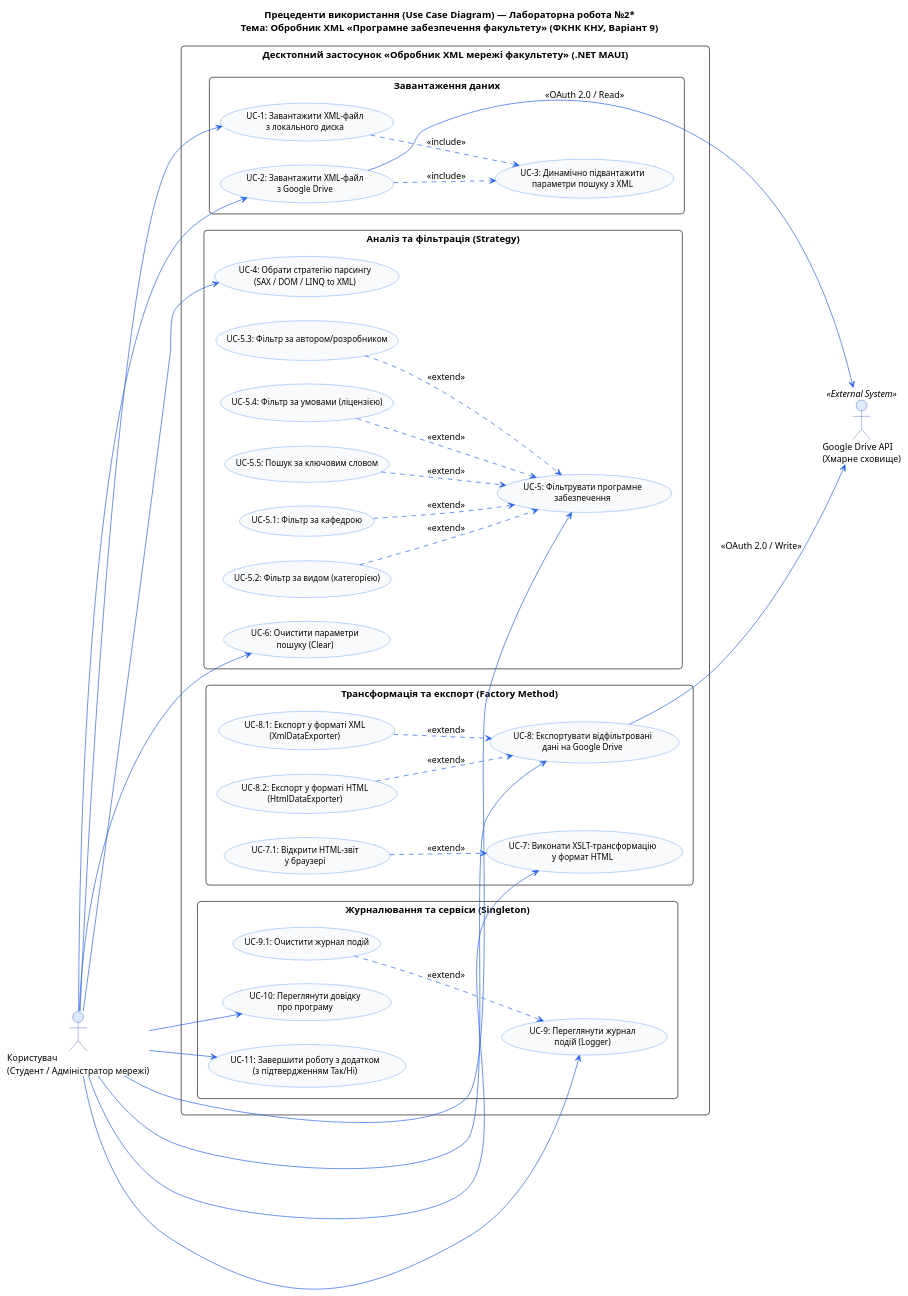
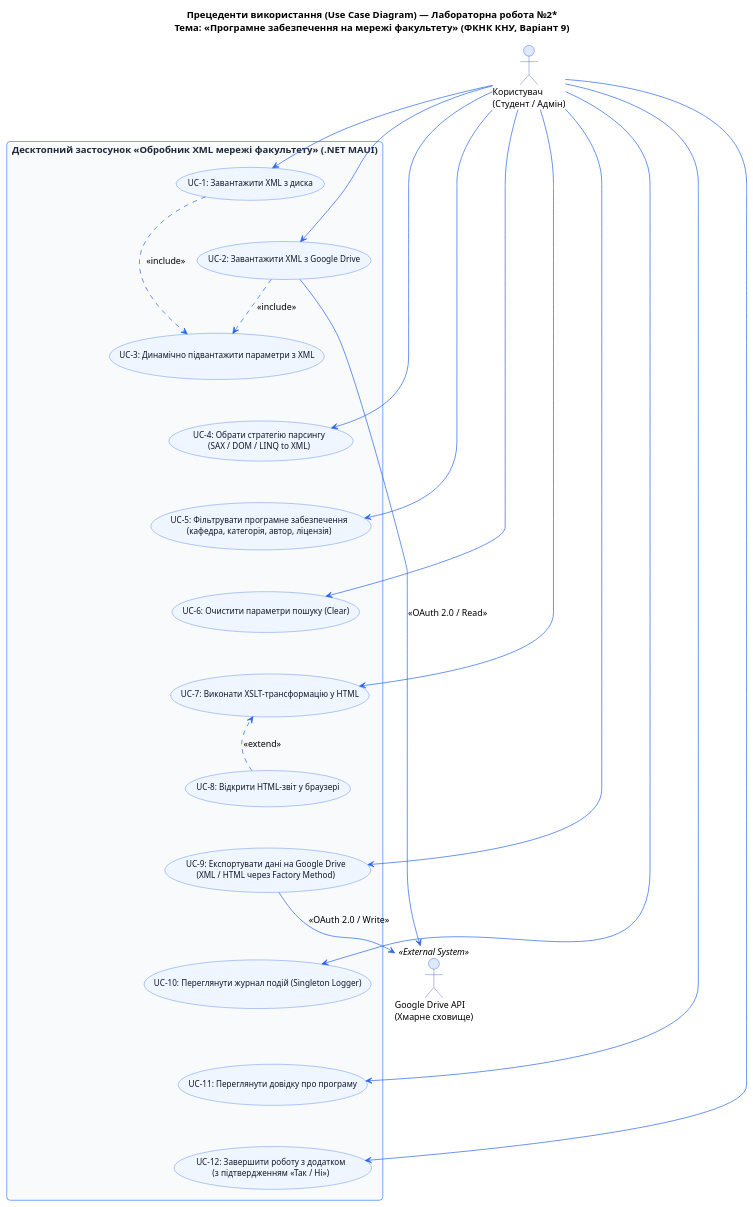
Before and after one commit to zefin100/OOP_LR2: the diagram in UML/UseCaseDiagram.puml, drawn with PlantUML. The commit also changed 1 other file, not shown here.

Commit message:
UML: Add native UseCaseDiagram.drawio and fix PlantUML layout

```diff
--- a/UML/UseCaseDiagram.puml
+++ b/UML/UseCaseDiagram.puml
@@ -1,94 +1,83 @@
 @startuml UseCaseDiagram
-title Прецеденти використання (Use Case Diagram) — Лабораторна робота №2*\nТема: Обробник XML «Програмне забезпечення факультету» (ФКНК КНУ, Варіант 9)
+title Прецеденти використання (Use Case Diagram) — Лабораторна робота №2*\nТема: «Програмне забезпечення на мережі факультету» (ФКНК КНУ, Варіант 9)
 
-left to right direction
+top to bottom direction
 skinparam defaultFontName "Segoe UI"
 skinparam roundcorner 10
 skinparam shadowing false
-skinparam packageStyle rectangle
 
 skinparam actor {
     BackgroundColor #dbeafe
     BorderColor #1e40af
     FontSize 13
 }
 
 skinparam usecase {
+    BackgroundColor #eff6ff
+    BorderColor #2563eb
+    ArrowColor #2563eb
+    FontSize 12
+    FontColor #0f172a
+}
+
+skinparam rectangle {
     BackgroundColor #f8fafc
     BorderColor #3b82f6
-    ArrowColor #2563eb
-    FontSize 12
+    FontSize 14
+    FontColor #1e293b
 }
 
-actor "Користувач\n(Студент / Адміністратор мережі)" as User
+actor "Користувач\n(Студент / Адмін)" as User
 actor "Google Drive API\n(Хмарне сховище)" as GDrive <<External System>>
 
 rectangle "Десктопний застосунок «Обробник XML мережі факультету» (.NET MAUI)" {
 
-    package "Завантаження даних" {
-        usecase "UC-1: Завантажити XML-файл\nз локального диска" as UC_LoadLocal
-        usecase "UC-2: Завантажити XML-файл\nз Google Drive" as UC_LoadDrive
-        usecase "UC-3: Динамічно підвантажити\nпараметри пошуку з XML" as UC_Preload
-    }
+    usecase "UC-1: Завантажити XML з диска" as UC_LoadLocal
+    usecase "UC-2: Завантажити XML з Google Drive" as UC_LoadDrive
+    usecase "UC-3: Динамічно підвантажити параметри з XML" as UC_Preload
+    usecase "UC-4: Обрати стратегію парсингу\n(SAX / DOM / LINQ to XML)" as UC_Strategy
+    usecase "UC-5: Фільтрувати програмне забезпечення\n(кафедра, категорія, автор, ліцензія)" as UC_Filter
+    usecase "UC-6: Очистити параметри пошуку (Clear)" as UC_Clear
+    usecase "UC-7: Виконати XSLT-трансформацію у HTML" as UC_Transform
+    usecase "UC-8: Відкрити HTML-звіт у браузері" as UC_Browser
+    usecase "UC-9: Експортувати дані на Google Drive\n(XML / HTML через Factory Method)" as UC_Export
+    usecase "UC-10: Переглянути журнал подій (Singleton Logger)" as UC_Logs
+    usecase "UC-11: Переглянути довідку про програму" as UC_Help
+    usecase "UC-12: Завершити роботу з додатком\n(з підтвердженням «Так / Ні»)" as UC_Exit
 
-    package "Аналіз та фільтрація (Strategy)" {
-        usecase "UC-4: Обрати стратегію парсингу\n(SAX / DOM / LINQ to XML)" as UC_SelectStrategy
-        usecase "UC-5: Фільтрувати програмне\nзабезпечення" as UC_Filter
-        usecase "UC-5.1: Фільтр за кафедрою" as UC_F_Dept
-        usecase "UC-5.2: Фільтр за видом (категорією)" as UC_F_Cat
-        usecase "UC-5.3: Фільтр за автором/розробником" as UC_F_Author
-        usecase "UC-5.4: Фільтр за умовами (ліцензією)" as UC_F_License
-        usecase "UC-5.5: Пошук за ключовим словом" as UC_F_Keyword
-        usecase "UC-6: Очистити параметри\nпошуку (Clear)" as UC_Clear
-    }
-
-    package "Трансформація та експорт (Factory Method)" {
-        usecase "UC-7: Виконати XSLT-трансформацію\nу формат HTML" as UC_Transform
-        usecase "UC-7.1: Відкрити HTML-звіт\nу браузері" as UC_OpenBrowser
-        usecase "UC-8: Експортувати відфільтровані\nдані на Google Drive" as UC_ExportDrive
-        usecase "UC-8.1: Експорт у форматі XML\n(XmlDataExporter)" as UC_ExportXml
-        usecase "UC-8.2: Експорт у форматі HTML\n(HtmlDataExporter)" as UC_ExportHtml
-    }
-
-    package "Журналювання та сервіси (Singleton)" {
-        usecase "UC-9: Переглянути журнал\nподій (Logger)" as UC_ViewLogs
-        usecase "UC-9.1: Очистити журнал подій" as UC_ClearLogs
-        usecase "UC-10: Переглянути довідку\nпро програму" as UC_Help
-        usecase "UC-11: Завершити роботу з додатком\n(з підтвердженням Так/Ні)" as UC_Exit
-    }
+    ' Прихований вертикальний потік для красивого вирівнювання в одну колонку
+    UC_LoadLocal -[hidden]down-> UC_LoadDrive
+    UC_LoadDrive -[hidden]down-> UC_Preload
+    UC_Preload -[hidden]down-> UC_Strategy
+    UC_Strategy -[hidden]down-> UC_Filter
+    UC_Filter -[hidden]down-> UC_Clear
+    UC_Clear -[hidden]down-> UC_Transform
+    UC_Transform -[hidden]down-> UC_Browser
+    UC_Browser -[hidden]down-> UC_Export
+    UC_Export -[hidden]down-> UC_Logs
+    UC_Logs -[hidden]down-> UC_Help
+    UC_Help -[hidden]down-> UC_Exit
 }
 
-' Зв'язки користувача з головними прецедентами
+' Зв'язки користувача (зліва)
 User --> UC_LoadLocal
 User --> UC_LoadDrive
-User --> UC_SelectStrategy
+User --> UC_Strategy
 User --> UC_Filter
 User --> UC_Clear
 User --> UC_Transform
-User --> UC_ExportDrive
-User --> UC_ViewLogs
+User --> UC_Export
+User --> UC_Logs
 User --> UC_Help
 User --> UC_Exit
 
-' Взаємодія з Google Drive
+' Зв'язки із зовнішньою хмарою Google Drive (справа)
 UC_LoadDrive --> GDrive : <<OAuth 2.0 / Read>>
-UC_ExportDrive --> GDrive : <<OAuth 2.0 / Write>>
+UC_Export --> GDrive : <<OAuth 2.0 / Write>>
 
-' Залежності include та extend
+' Залежності include / extend
 UC_LoadLocal ..> UC_Preload : <<include>>
 UC_LoadDrive ..> UC_Preload : <<include>>
-
-UC_F_Dept ..> UC_Filter : <<extend>>
-UC_F_Cat ..> UC_Filter : <<extend>>
-UC_F_Author ..> UC_Filter : <<extend>>
-UC_F_License ..> UC_Filter : <<extend>>
-UC_F_Keyword ..> UC_Filter : <<extend>>
-
-UC_OpenBrowser ..> UC_Transform : <<extend>>
-
-UC_ExportXml ..> UC_ExportDrive : <<extend>>
-UC_ExportHtml ..> UC_ExportDrive : <<extend>>
-
-UC_ClearLogs ..> UC_ViewLogs : <<extend>>
+UC_Browser ..> UC_Transform : <<extend>>
 
 @enduml
```
